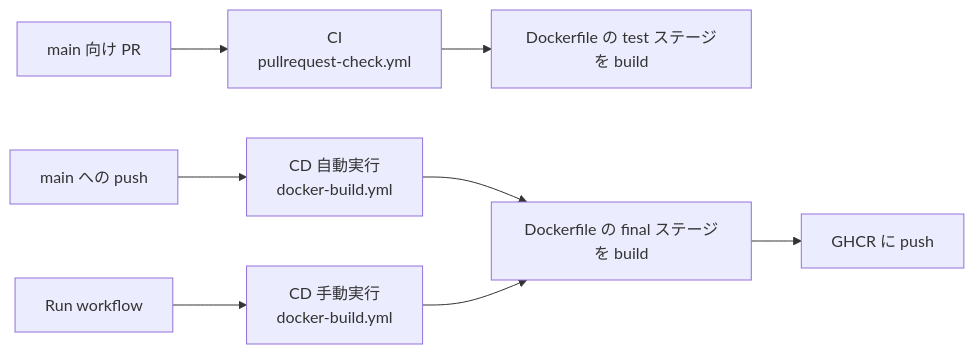
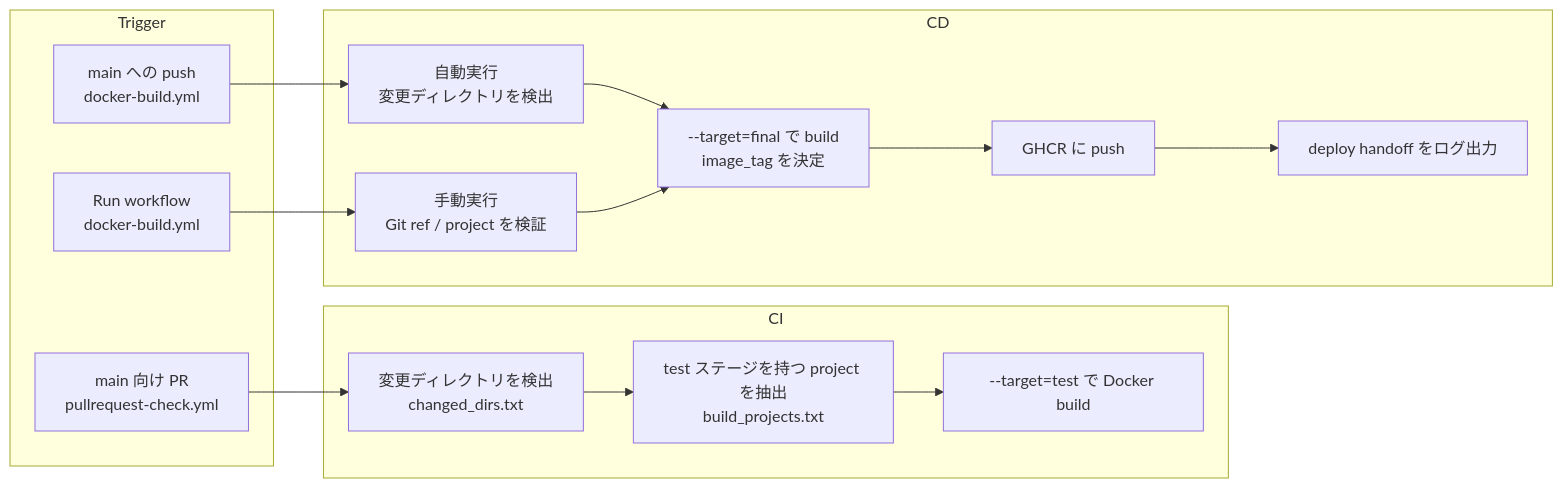
One commit to u7chan/monorepo changed the first of 5 diagrams in docs/about-cicd.md. Above: the diagram before and after it, drawn with Mermaid. The commit also changed other lines of this file, not shown here.

Commit message:
docs(monorepo): merge CI/CD overview into guide
Integrate the overview content into about-cicd so the guide keeps a single source of truth for CI/CD behavior.
Clarify that the referenced test/final stages are Dockerfile stages and explain Git ref input as a branch name or commit SHA.

````diff
--- a/docs/about-cicd.md
+++ b/docs/about-cicd.md
@@ -11,11 +11,34 @@
 ```mermaid
 flowchart LR
-  PR["main 向け PR"] --> CI["CI<br/>pullrequest-check.yml"]
-  PUSH["main への push"] --> CD_AUTO["CD 自動実行<br/>docker-build.yml"]
-  MANUAL["Run workflow"] --> CD_MANUAL["CD 手動実行<br/>docker-build.yml"]
+  subgraph Trigger["Trigger"]
+    PR["main 向け PR<br/>pullrequest-check.yml"]
+    PUSH["main への push<br/>docker-build.yml"]
+    MANUAL["Run workflow<br/>docker-build.yml"]
+  end
 
-  CI --> TEST["Dockerfile の test ステージを build"]
-  CD_AUTO --> FINAL["Dockerfile の final ステージを build"]
-  CD_MANUAL --> FINAL
-  FINAL --> GHCR["GHCR に push"]
+  subgraph CI["CI"]
+    CI_DIRS["変更ディレクトリを検出<br/>changed_dirs.txt"]
+    CI_PROJECTS["test ステージを持つ project を抽出<br/>build_projects.txt"]
+    CI_BUILD["--target=test で Docker build"]
+
+    CI_DIRS --> CI_PROJECTS
+    CI_PROJECTS --> CI_BUILD
+  end
+
+  subgraph CD["CD"]
+    CD_AUTO["自動実行<br/>変更ディレクトリを検出"]
+    CD_MANUAL["手動実行<br/>Git ref / project を検証"]
+    CD_BUILD["--target=final で build<br/>image_tag を決定"]
+    GHCR["GHCR に push"]
+    HANDOFF["deploy handoff をログ出力"]
+
+    CD_AUTO --> CD_BUILD
+    CD_MANUAL --> CD_BUILD
+    CD_BUILD --> GHCR
+    GHCR --> HANDOFF
+  end
+
+  PR --> CI_DIRS
+  PUSH --> CD_AUTO
+  MANUAL --> CD_MANUAL
 ```
````
